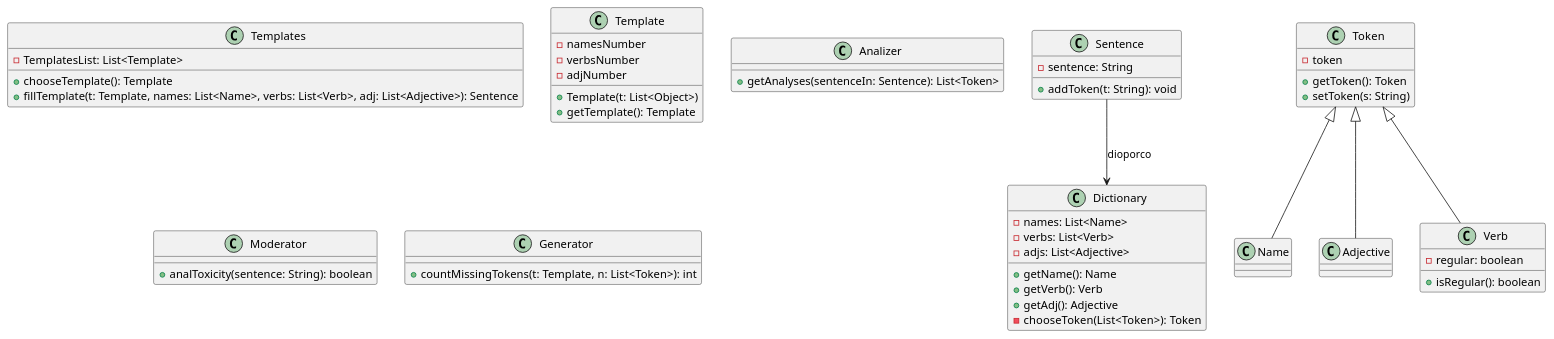
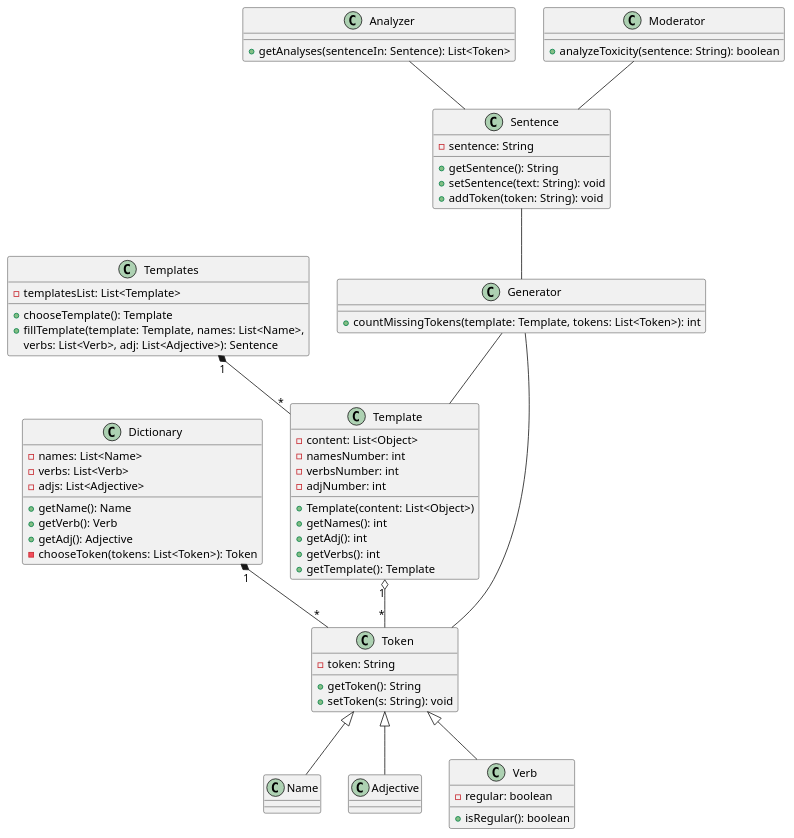
Before and after one commit to FedeRio-Biscotto/nosensegenerator: the diagram in UML_graph/ClassDiagrams.puml, drawn with PlantUML. The commit also changed 15 other files, not shown here.

```diff
--- a/UML_graph/ClassDiagrams.puml
+++ b/UML_graph/ClassDiagrams.puml
@@ -1,83 +1,74 @@
 @startuml
 
-class Sentence{
+class Sentence {
     -sentence: String
-    '+getSentence(): Sentence
-    '+setSentece(t: String): void
-    +addToken(t: String): void
-    
+    +getSentence(): String
+    +setSentence(text: String): void
+    +addToken(token: String): void
 }
 
-class Dictionary{
+class Dictionary {
     -names: List<Name>
     -verbs: List<Verb>
     -adjs: List<Adjective>
-    ''+chooseTokens(names: int, verbs: int, adj: int ): List<Token>
-    'decidere se chiamare il metodo una volta e restituire una lista o chiamarlo tante volte quanti i token
-    '+getNames(nameNumber: int): List<Name>
-    '+getVerbs(VerbNumber: int): List<Verb>
-    '+getAdj(adjNumber: int): List<Adjective>
     +getName(): Name
     +getVerb(): Verb
     +getAdj(): Adjective
-    -chooseToken(List<Token>): Token
+    -chooseToken(tokens: List<Token>): Token
 }
 
-
-
-class Templates{
-    'classe che gestisce i template
-    -TemplatesList: List<Template>
+class Templates {
+    -templatesList: List<Template>
     +chooseTemplate(): Template
-    +fillTemplate(t: Template, names: List<Name>, verbs: List<Verb>, adj: List<Adjective>): Sentence
+    +fillTemplate(template: Template, names: List<Name>, 
+                 verbs: List<Verb>, adj: List<Adjective>): Sentence
 }
 
-class Template{
-    'Il template è una lista di Stringhe o Token
-    +Template(t: List<Object>)
-    -namesNumber
-    -verbsNumber
-    -adjNumber
-    'è ovvio che dobbiamo mettere i get set, non li metterei nel diagramma che incasinano tutto
-    '-setNamesNumber()
-    '-setAdjsNumber()
-    '-setVerbsNumber()
-    '+getNames(): int
-    '+getAdj(): int
-    '+getVerbs(): int
+class Template {
+    -content: List<Object>
+    -namesNumber: int
+    -verbsNumber: int
+    -adjNumber: int
+    +Template(content: List<Object>)
+    +getNames(): int
+    +getAdj(): int
+    +getVerbs(): int
     +getTemplate(): Template
 }
 
-
-class Analizer{
+class Analyzer {
     +getAnalyses(sentenceIn: Sentence): List<Token>
-    'metodi per interagire con l'API
 }
 
-class Token{
-    -token
-    +getToken(): Token 
-    +setToken(s: String)
+class Token {
+    -token: String
+    +getToken(): String
+    +setToken(s: String): void
 }
 
-class Name extends Token{}
-class Adjective extends Token{}
-class Verb extends Token{
+class Name extends Token {}
+class Adjective extends Token {}
+class Verb extends Token {
     -regular: boolean
     +isRegular(): boolean
 }
 
-
 class Moderator {
-    +analToxicity(sentence: String): boolean
-    'metodi per comunicare con API toxicity
+    +analyzeToxicity(sentence: String): boolean
 }
 
-Class Generator{
-    +countMissingTokens(t: Template, n: List<Token>): int
-    
+class Generator {
+    +countMissingTokens(template: Template, tokens: List<Token>): int
 }
 
-Sentence --> Dictionary : dioporco
+' Relationships
+Dictionary "1" *-- "*" Token
+Templates "1" *-- "*" Template
+Template "1" o-- "*" Token
+Generator -- Template
+Generator -- Token
+Sentence -- Generator
+Moderator -- Sentence
+Analyzer -- Sentence
 
 @enduml
```
